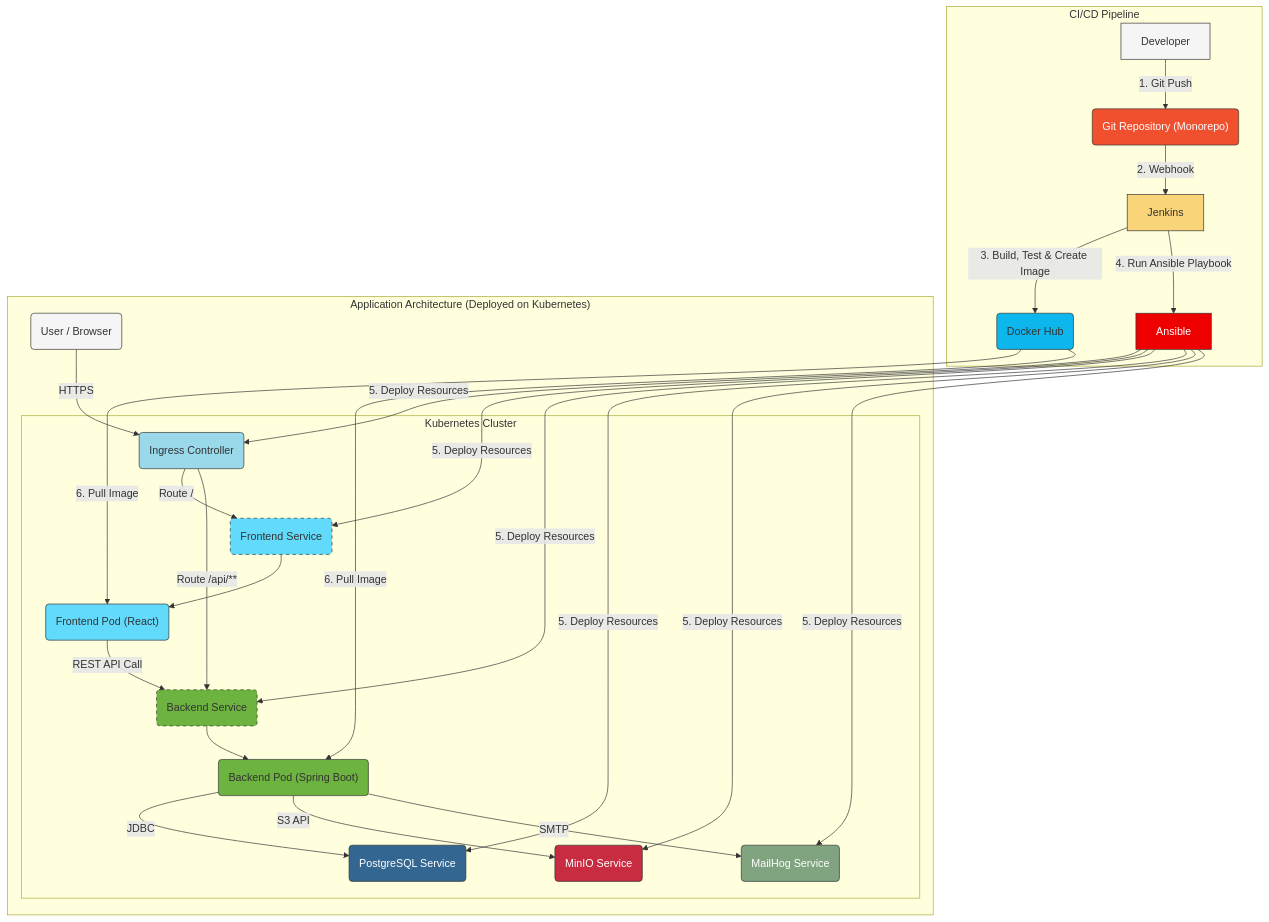
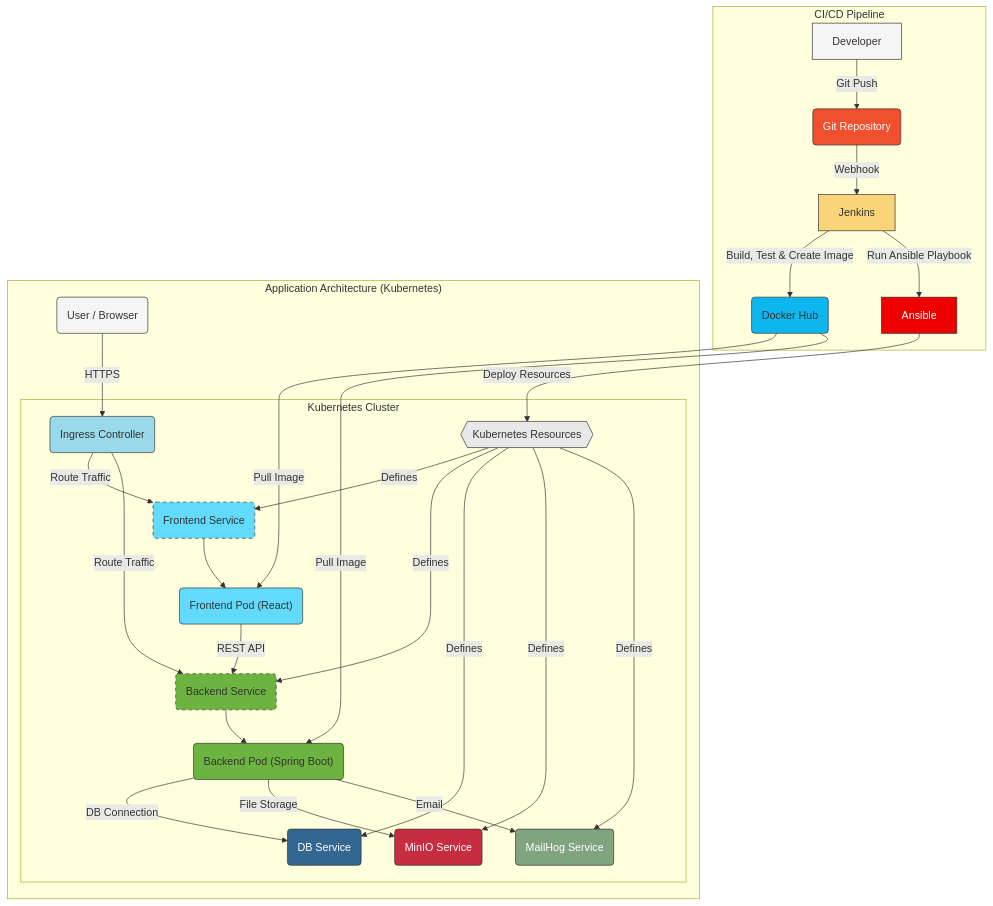
The diagram in README.md (naasssssty/Freelance), drawn with Mermaid before and after one commit.

Commit message:
README.md

````diff
--- a/README.md
+++ b/README.md
@@ -17,53 +17,55 @@
 ```mermaid
 graph TD
     subgraph "CI/CD Pipeline"
-        Developer["Developer"] -- "1. Git Push" --> GitRepo("Git Repository (Monorepo)");
-        GitRepo -- "2. Webhook" --> Jenkins;
-        Jenkins -- "3. Build, Test & Create Image" --> DockerHub("Docker Hub");
-        Jenkins -- "4. Run Ansible Playbook" --> Ansible;
+        Developer["Developer"] -- "Git Push" --> GitRepo("Git Repository");
+        GitRepo -- "Webhook" --> Jenkins;
+        Jenkins -- "Build, Test & Create Image" --> DockerHub("Docker Hub");
+        Jenkins -- "Run Ansible Playbook" --> Ansible;
     end
 
-    subgraph "Application Architecture (Deployed on Kubernetes)"
-        User("User / Browser") -- "HTTPS" --> Ingress;
+    subgraph "Application Architecture (Kubernetes)"
+        User("User / Browser") -- "HTTPS" --> Ingress("Ingress Controller");
         
         subgraph "Kubernetes Cluster"
-            Ansible -- "5. Deploy Resources" --> Ingress("Ingress Controller");
-            Ansible -- "5. Deploy Resources" --> FrontendService("Frontend Service");
-            Ansible -- "5. Deploy Resources" --> BackendService("Backend Service");
-            Ansible -- "5. Deploy Resources" --> Database("PostgreSQL Service");
-            Ansible -- "5. Deploy Resources" --> Minio("MinIO Service");
-            Ansible -- "5. Deploy Resources" --> Mailhog("MailHog Service");
+            Ansible -- "Deploy Resources" --> K8sResources{{Kubernetes Resources}};
+            
+            K8sResources -- "Defines" --> FrontendService("Frontend Service");
+            K8sResources -- "Defines" --> BackendService("Backend Service");
+            K8sResources -- "Defines" --> Database("DB Service");
+            K8sResources -- "Defines" --> Minio("MinIO Service");
+            K8sResources -- "Defines" --> Mailhog("MailHog Service");
 
-            DockerHub -- "6. Pull Image" --> FrontendPod("Frontend Pod (React)");
-            DockerHub -- "6. Pull Image" --> BackendPod("Backend Pod (Spring Boot)");
+            DockerHub -- "Pull Image" --> FrontendPod("Frontend Pod (React)");
+            DockerHub -- "Pull Image" --> BackendPod("Backend Pod (Spring Boot)");
 
-            Ingress -- "Route /" --> FrontendService;
-            Ingress -- "Route /api/**" --> BackendService;
+            Ingress -- "Route Traffic" --> FrontendService;
+            Ingress -- "Route Traffic" --> BackendService;
             
             FrontendService --> FrontendPod;
             BackendService --> BackendPod;
 
-            FrontendPod -- "REST API Call" --> BackendService;
-            BackendPod -- "JDBC" --> Database;
-            BackendPod -- "S3 API" --> Minio;
-            BackendPod -- "SMTP" --> Mailhog;
+            FrontendPod -- "REST API" --> BackendService;
+            BackendPod -- "DB Connection" --> Database;
+            BackendPod -- "File Storage" --> Minio;
+            BackendPod -- "Email" --> Mailhog;
         end
     end
 
     %% Styling
     style Developer fill:#f5f5f5,stroke:#333
     style Jenkins fill:#f9d479,stroke:#333
     style Ansible fill:#ee0000,stroke:#333,color:white
     style DockerHub fill:#0db7ed,stroke:#333
     style GitRepo fill:#f1502f,stroke:#333,color:white
     
     style User fill:#f5f5f5,stroke:#333
     style Ingress fill:#99d9ea,stroke:#333
+    style K8sResources fill:#e8e8e8,stroke:#333
     style FrontendPod fill:#61DAFB,stroke:#333
     style BackendPod fill:#6DB33F,stroke:#333
     style Database fill:#336791,stroke:#333,color:white
     style Minio fill:#c72c41,stroke:#333,color:white
     style Mailhog fill:#80a480,stroke:#333,color:white
     style FrontendService fill:#61DAFB,stroke:#333,stroke-dasharray: 5 5
     style BackendService fill:#6DB33F,stroke:#333,stroke-dasharray: 5 5
 ```
````
